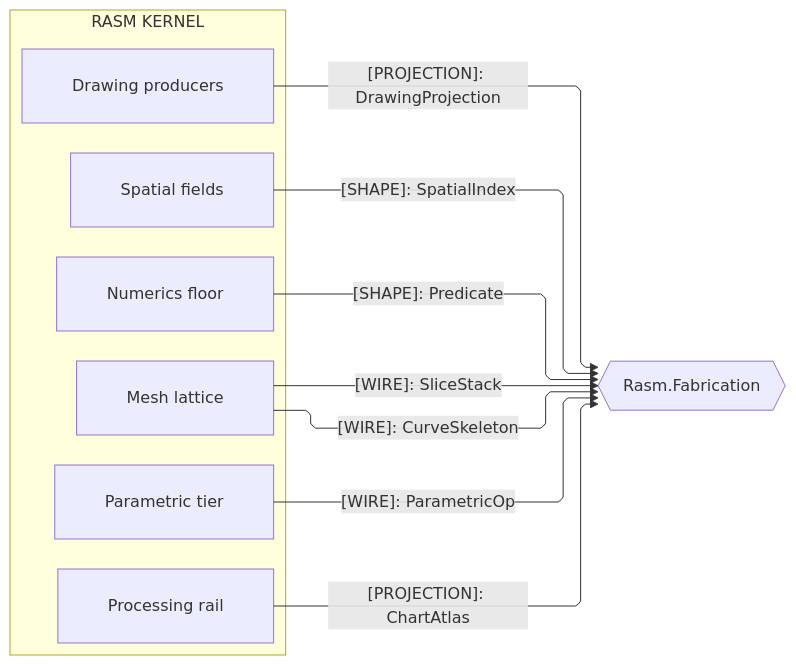
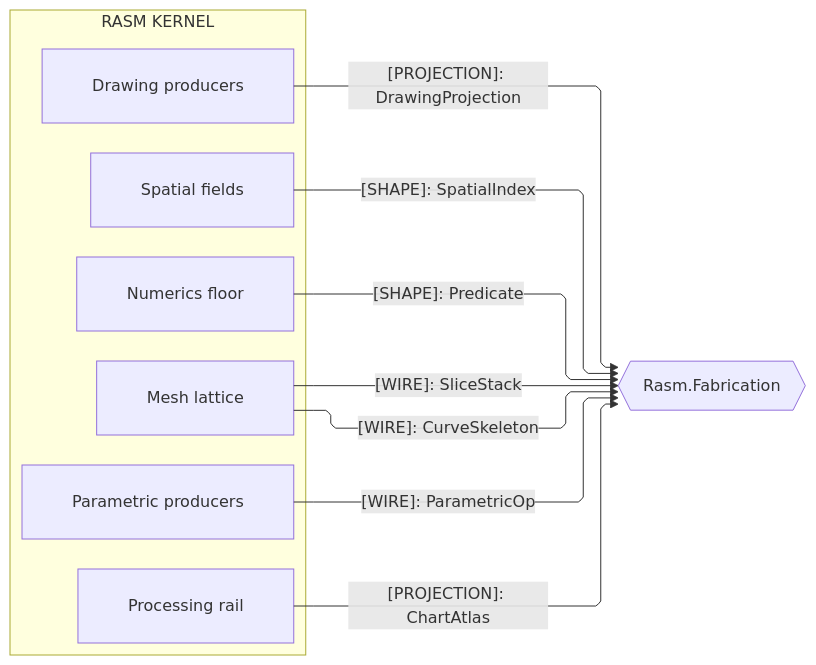
Before and after one commit to bsamiee/Rasm: the third of 4 diagrams in libs/csharp/Rasm/ARCHITECTURE.md, drawn with Mermaid. The commit also changed other lines of this file and 383 other files, not shown here.

````diff
--- a/libs/csharp/Rasm/ARCHITECTURE.md
+++ b/libs/csharp/Rasm/ARCHITECTURE.md
@@ -186,28 +192,28 @@
 ```mermaid
 ---
 config:
   layout: elk
   flowchart:
     curve: linear
     padding: 25
 ---
 flowchart LR
     accTitle: Kernel fabrication seams
     accDescr: Kernel sub-domain owners projecting index, predicate, slice, skeleton, parametric-op, atlas, and drawing shapes to the fabrication peer, one edge per contract family labeled by kind.
     subgraph rasm[RASM KERNEL]
         Spatial[Spatial fields]
         Numerics[Numerics floor]
         Meshing[Mesh lattice]
-        Parametric[Parametric tier]
+        Parametric[Parametric producers]
         Processing[Processing rail]
         Drawing[Drawing producers]
     end
     Fabrication{{Rasm.Fabrication}}
     Spatial e1@-->|"[SHAPE]: SpatialIndex"| Fabrication
     Numerics e2@-->|"[SHAPE]: Predicate"| Fabrication
     Meshing e3@-->|"[WIRE]: SliceStack"| Fabrication
     Meshing e4@-->|"[WIRE]: CurveSkeleton"| Fabrication
     Parametric e5@-->|"[WIRE]: ParametricOp"| Fabrication
     Processing e6@-->|"[PROJECTION]: ChartAtlas"| Fabrication
     Drawing e7@-->|"[PROJECTION]: DrawingProjection"| Fabrication
 ```
````
